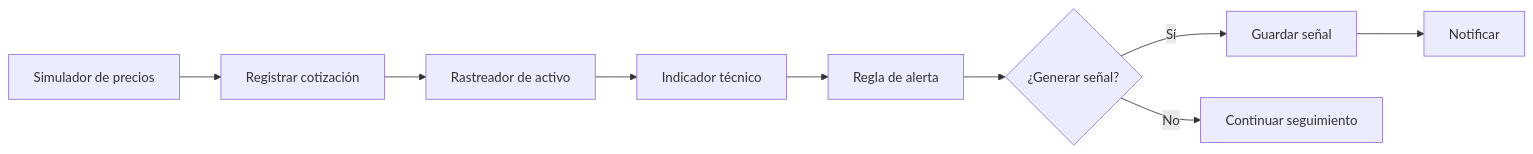
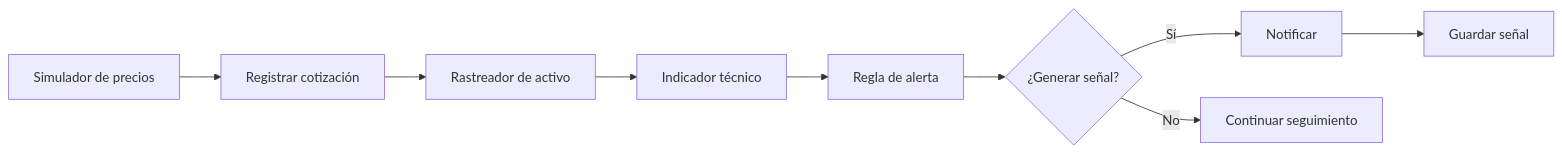
The second of 3 diagrams in README.md (M4nuVR/poo-trading), drawn with Mermaid before and after one commit. The commit also changed other lines of this file, not shown here.

````diff
--- a/README.md
+++ b/README.md
@@ -94,11 +95,11 @@
 ```mermaid
 flowchart LR
     A[Simulador de precios] --> B[Registrar cotización]
     B --> C[Rastreador de activo]
     C --> D[Indicador técnico]
     D --> E[Regla de alerta]
     E --> F{¿Generar señal?}
-    F -- Sí --> G[Guardar señal]
-    G --> H[Notificar]
+    F -- Sí --> G[Notificar]
+    G --> H[Guardar señal]
     F -- No --> I[Continuar seguimiento]
 ```
````
